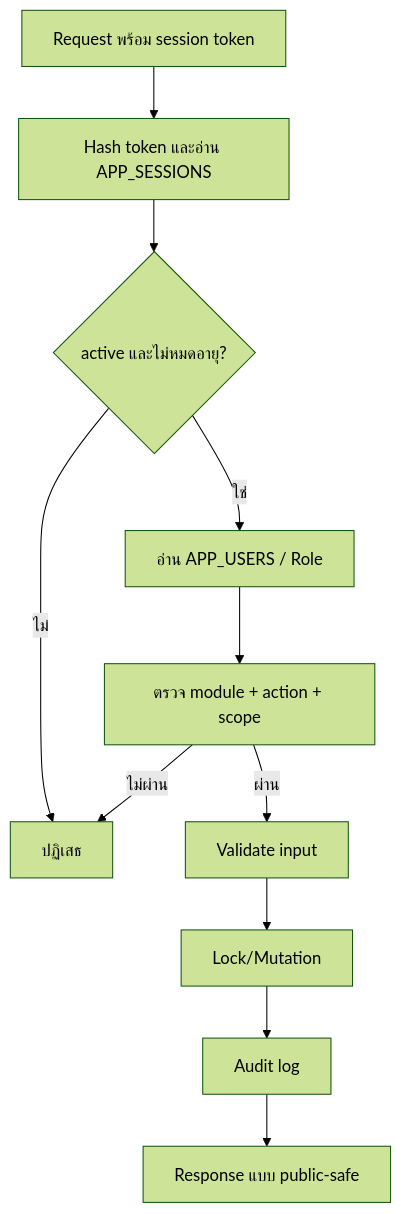
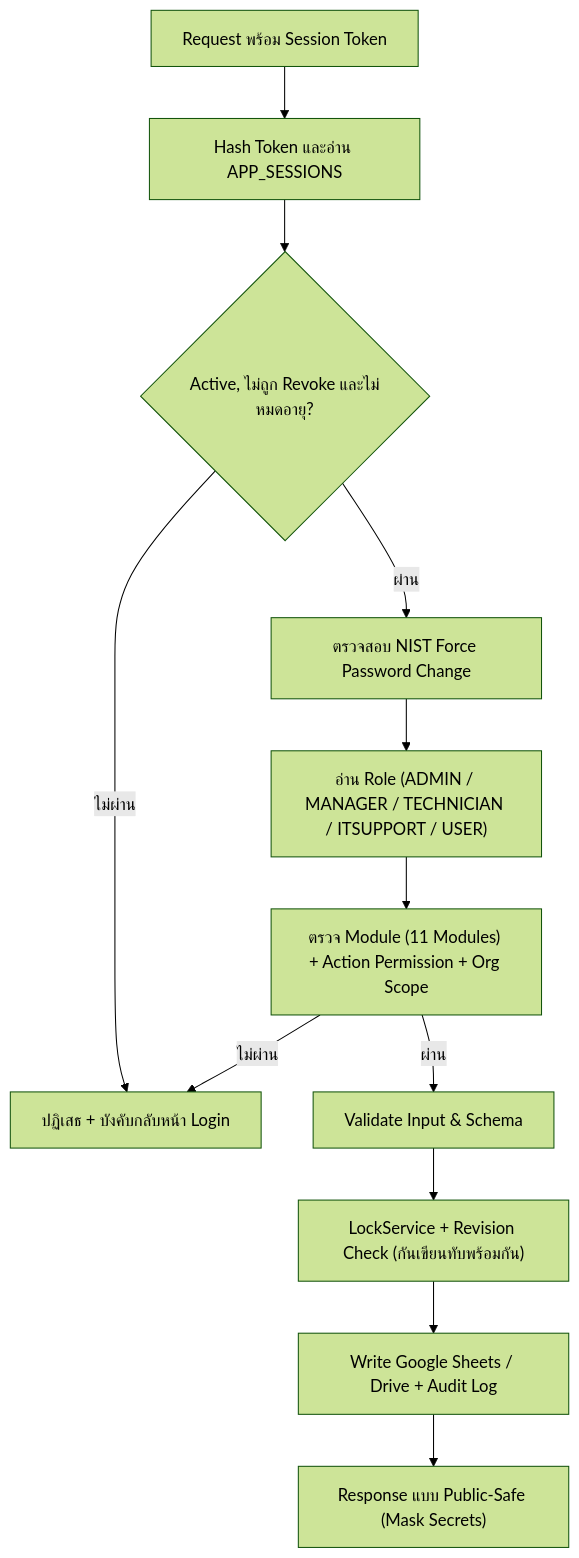
The sixth of 8 diagrams in WORKFLOW.md (thakot-cloud/ITServiceDesk), drawn with Mermaid (forest theme) before and after one commit. The commit also changed other lines of this file and 5 other files, not shown here.

Commit message:
docs: complete manuals, recommendations, workflow, and webapp diagrams

````diff
--- a/WORKFLOW.md
+++ b/WORKFLOW.md
@@ -73,13 +107,14 @@
 ```mermaid
 flowchart TD
-  A[Request พร้อม session token] --> B[Hash token และอ่าน APP_SESSIONS]
-  B --> C{active และไม่หมดอายุ?}
-  C -- ไม่ --> D[ปฏิเสธ]
-  C -- ใช่ --> E[อ่าน APP_USERS / Role]
-  E --> F[ตรวจ module + action + scope]
-  F -- ไม่ผ่าน --> D
-  F -- ผ่าน --> G[Validate input]
-  G --> H[Lock/Mutation]
-  H --> I[Audit log]
-  I --> J[Response แบบ public-safe]
+  A["Request พร้อม Session Token"] --> B["Hash Token และอ่าน APP_SESSIONS"]
+  B --> C{"Active, ไม่ถูก Revoke และไม่หมดอายุ?"}
+  C -- "ไม่ผ่าน" --> D["ปฏิเสธ + บังคับกลับหน้า Login"]
+  C -- "ผ่าน" --> E["ตรวจสอบ NIST Force Password Change"]
+  E --> F["อ่าน Role (ADMIN / MANAGER / TECHNICIAN / ITSUPPORT / USER)"]
+  F --> G["ตรวจ Module (11 Modules) + Action Permission + Org Scope"]
+  G -- "ไม่ผ่าน" --> D
+  G -- "ผ่าน" --> H["Validate Input & Schema"]
+  H --> I["LockService + Revision Check (กันเขียนทับพร้อมกัน)"]
+  I --> J["Write Google Sheets / Drive + Audit Log"]
+  J --> K["Response แบบ Public-Safe (Mask Secrets)"]
 ```
````
